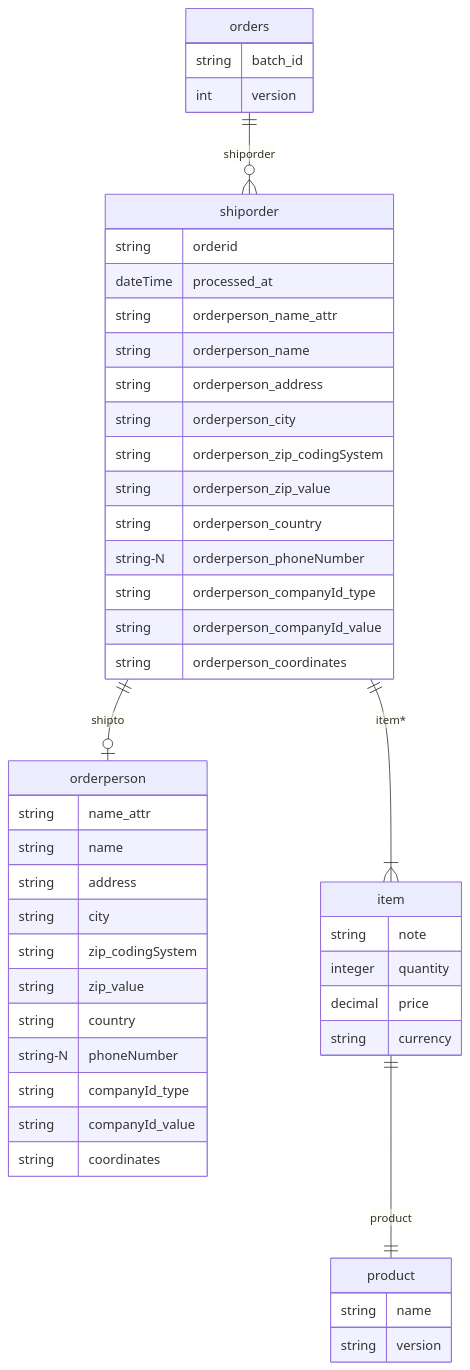
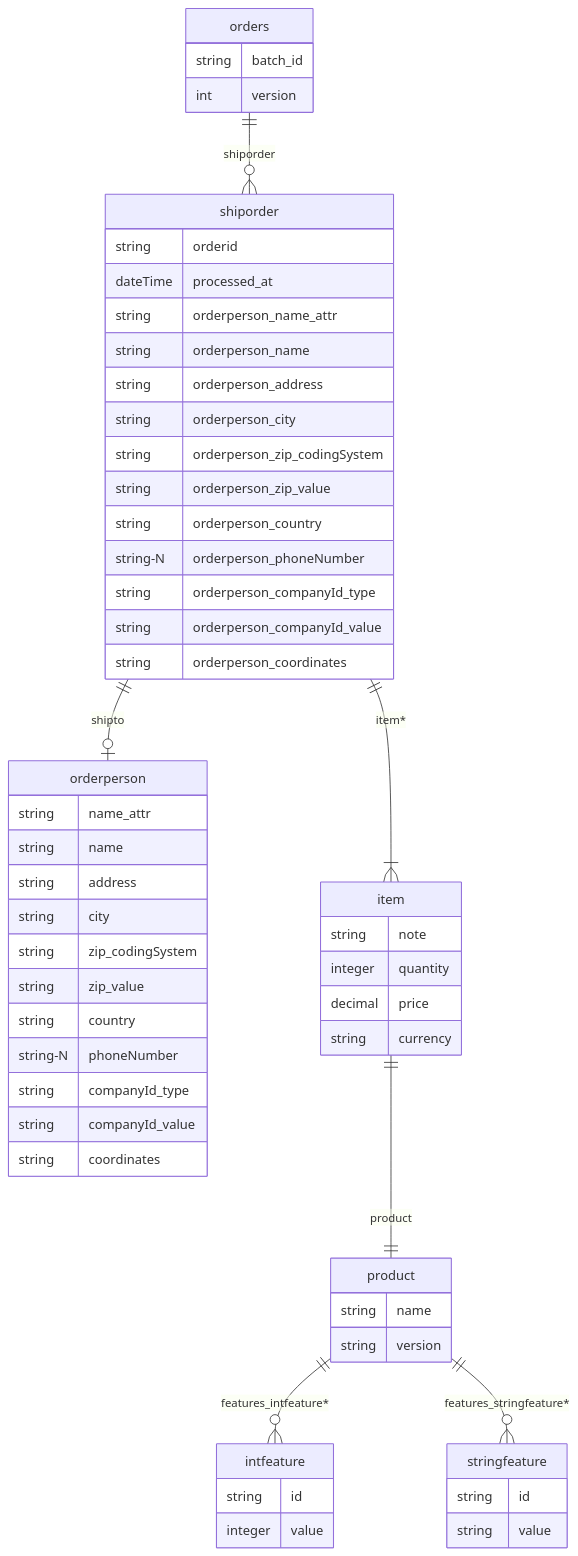
Before and after one commit to cre-dev/xml2db: the diagram in tests/sample_models/orders/orders_erd_version2.md, drawn with Mermaid. The commit also changed 28 other files, not shown here.

````diff
--- a/tests/sample_models/orders/orders_erd_version2.md
+++ b/tests/sample_models/orders/orders_erd_version2.md
@@ -1,49 +1,59 @@
 ```mermaid
 erDiagram
     shiporder ||--o| orderperson : "shipto"
     shiporder ||--|{ item : "item*"
     shiporder {
         string orderid
         dateTime processed_at
         string orderperson_name_attr
         string orderperson_name
         string orderperson_address
         string orderperson_city
         string orderperson_zip_codingSystem
         string orderperson_zip_value
         string orderperson_country
         string-N orderperson_phoneNumber
         string orderperson_companyId_type
         string orderperson_companyId_value
         string orderperson_coordinates
     }
     item ||--|| product : "product"
     item {
         string note
         integer quantity
         decimal price
         string currency
     }
+    product ||--o{ intfeature : "features_intfeature*"
+    product ||--o{ stringfeature : "features_stringfeature*"
     product {
         string name
         string version
+    }
+    stringfeature {
+        string id
+        string value
+    }
+    intfeature {
+        string id
+        integer value
     }
     orderperson {
         string name_attr
         string name
         string address
         string city
         string zip_codingSystem
         string zip_value
         string country
         string-N phoneNumber
         string companyId_type
         string companyId_value
         string coordinates
     }
     orders ||--o{ shiporder : "shiporder"
     orders {
         string batch_id
         int version
     }
 ```
````
